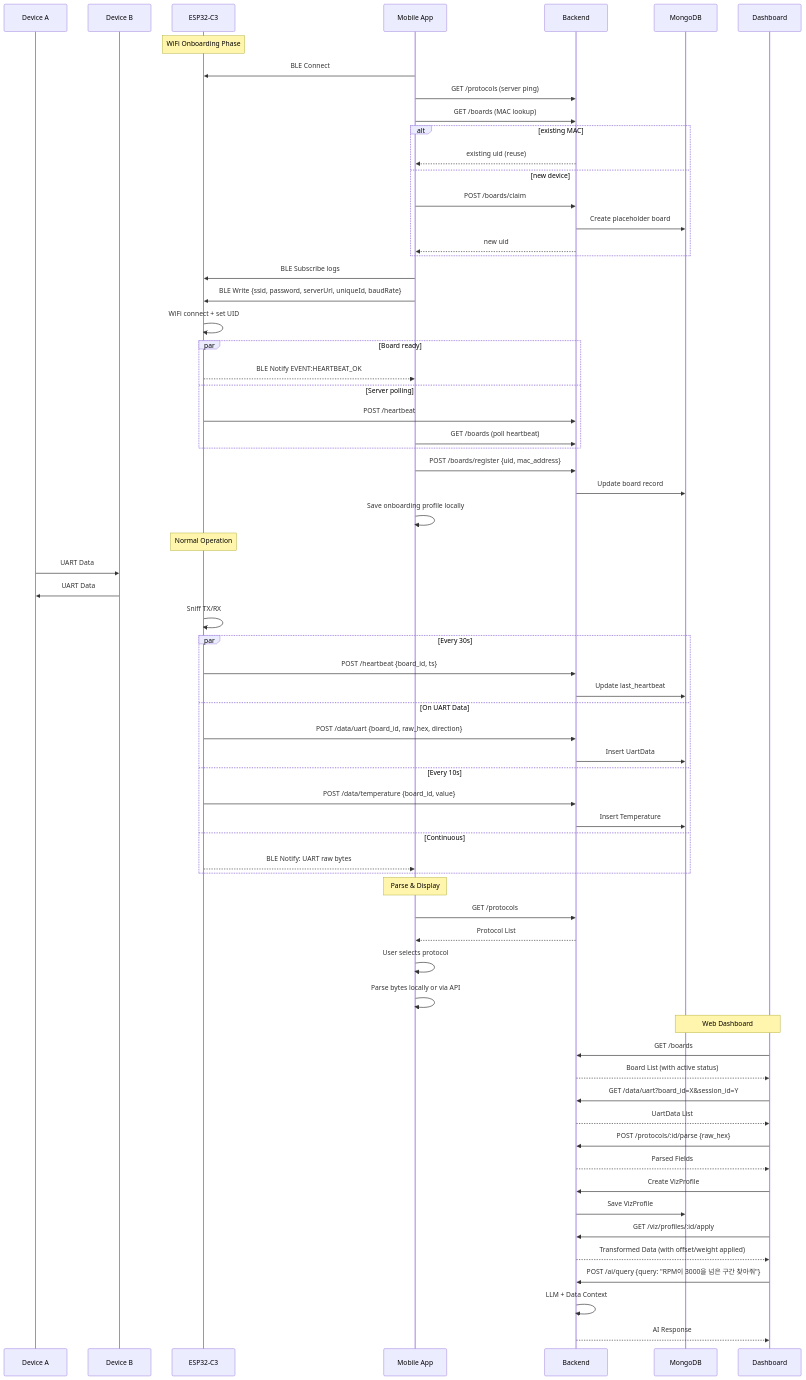
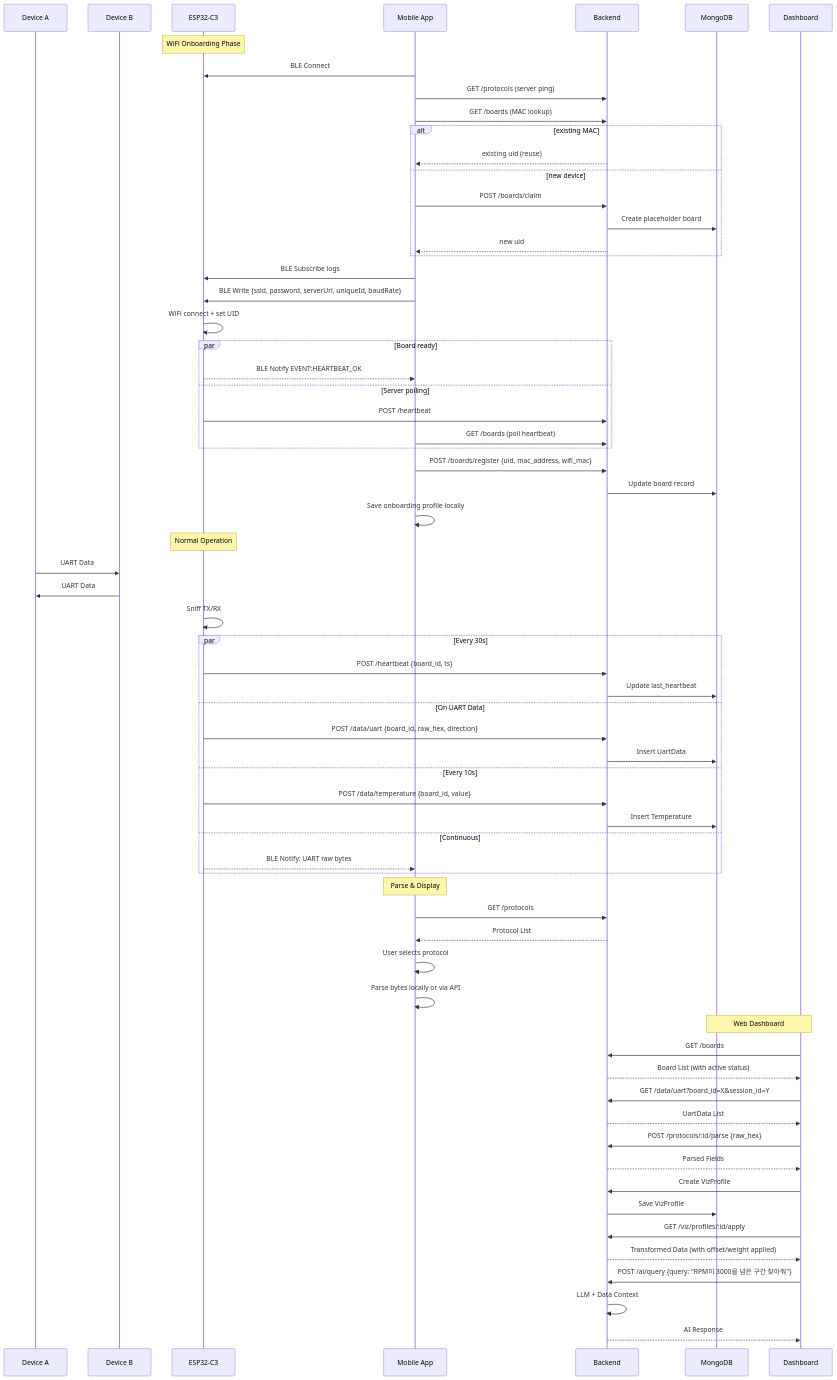
One commit to hyunu/sentinel changed the second of 3 diagrams in requirements.md. Above: the diagram before and after it, drawn with Mermaid. The commit also changed other lines of this file and 27 other files, not shown here.

````diff
--- a/requirements.md
+++ b/requirements.md
@@ -231,77 +235,77 @@
 ```mermaid
 sequenceDiagram
     participant A as Device A
     participant B as Device B
     participant E as ESP32-C3
     participant M as Mobile App
     participant BE as Backend
     participant DB as MongoDB
     participant D as Dashboard
 
     Note over E: WiFi Onboarding Phase
     M->>E: BLE Connect
     M->>BE: GET /protocols (server ping)
     M->>BE: GET /boards (MAC lookup)
     alt existing MAC
         BE-->>M: existing uid (reuse)
     else new device
         M->>BE: POST /boards/claim
         BE->>DB: Create placeholder board
         BE-->>M: new uid
     end
     M->>E: BLE Subscribe logs
     M->>E: BLE Write {ssid, password, serverUrl, uniqueId, baudRate}
     E->>E: WiFi connect + set UID
     par Board ready
         E-->>M: BLE Notify EVENT:HEARTBEAT_OK
     and Server polling
         E->>BE: POST /heartbeat
         M->>BE: GET /boards (poll heartbeat)
     end
-    M->>BE: POST /boards/register {uid, mac_address}
+    M->>BE: POST /boards/register {uid, mac_address, wifi_mac}
     BE->>DB: Update board record
     M->>M: Save onboarding profile locally
 
     Note over E: Normal Operation
     A->>B: UART Data
     B->>A: UART Data
     E->>E: Sniff TX/RX
 
     par Every 30s
         E->>BE: POST /heartbeat {board_id, ts}
         BE->>DB: Update last_heartbeat
     and On UART Data
         E->>BE: POST /data/uart {board_id, raw_hex, direction}
         BE->>DB: Insert UartData
     and Every 10s
         E->>BE: POST /data/temperature {board_id, value}
         BE->>DB: Insert Temperature
     and Continuous
         E-->>M: BLE Notify: UART raw bytes
     end
 
     Note over M: Parse & Display
     M->>BE: GET /protocols
     BE-->>M: Protocol List
     M->>M: User selects protocol
     M->>M: Parse bytes locally or via API
 
     Note over D,DB: Web Dashboard
     D->>BE: GET /boards
     BE-->>D: Board List (with active status)
 
     D->>BE: GET /data/uart?board_id=X&session_id=Y
     BE-->>D: UartData List
 
     D->>BE: POST /protocols/:id/parse {raw_hex}
     BE-->>D: Parsed Fields
 
     D->>BE: Create VizProfile
     BE->>DB: Save VizProfile
     D->>BE: GET /viz/profiles/:id/apply
     BE-->>D: Transformed Data (with offset/weight applied)
 
     D->>BE: POST /ai/query {query: "RPM이 3000을 넘은 구간 찾아줘"}
     BE->>BE: LLM + Data Context
     BE-->>D: AI Response
 ```
````
